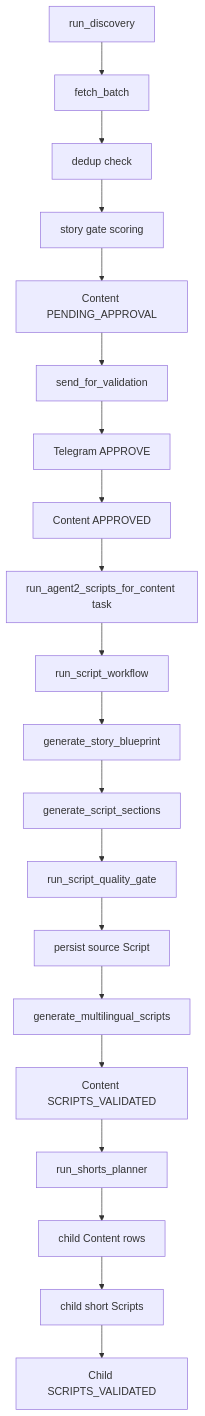
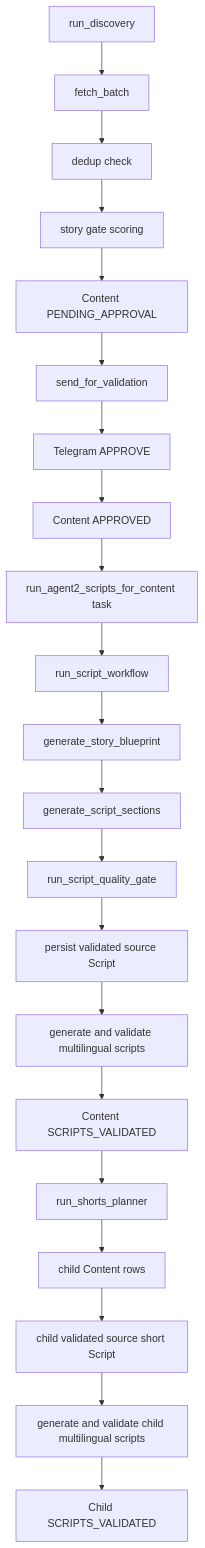
One commit to Hssingr/content-factory changed the second of 8 diagrams in CLAUDE.md. Above: the diagram before and after it, drawn with Mermaid. The commit also changed other lines of this file and 17 other files, not shown here.

Commit message:
stabilize architecture

````diff
--- a/CLAUDE.md
+++ b/CLAUDE.md
@@ -493,22 +615,23 @@
 ```mermaid
 flowchart TD
     A[run_discovery] --> B[fetch_batch]
     B --> C[dedup check]
     C --> D[story gate scoring]
     D --> E[Content PENDING_APPROVAL]
     E --> F[send_for_validation]
     F --> G[Telegram APPROVE]
     G --> H[Content APPROVED]
     H --> I[run_agent2_scripts_for_content task]
     I --> J[run_script_workflow]
     J --> K[generate_story_blueprint]
     K --> L[generate_script_sections]
     L --> M[run_script_quality_gate]
-    M --> N[persist source Script]
-    N --> O[generate_multilingual_scripts]
+    M --> N[persist validated source Script]
+    N --> O[generate and validate multilingual scripts]
     O --> P[Content SCRIPTS_VALIDATED]
     P --> Q[run_shorts_planner]
     Q --> R[child Content rows]
-    R --> S[child short Scripts]
-    S --> T[Child SCRIPTS_VALIDATED]
+    R --> S[child validated source short Script]
+    S --> U[generate and validate child multilingual scripts]
+    U --> T[Child SCRIPTS_VALIDATED]
 ```
````
